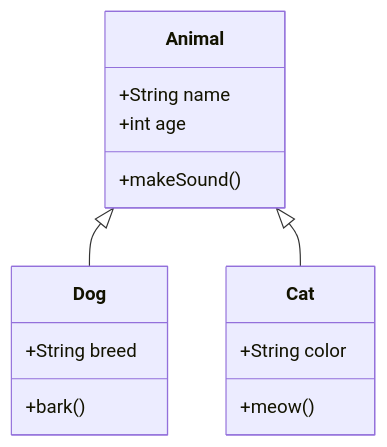
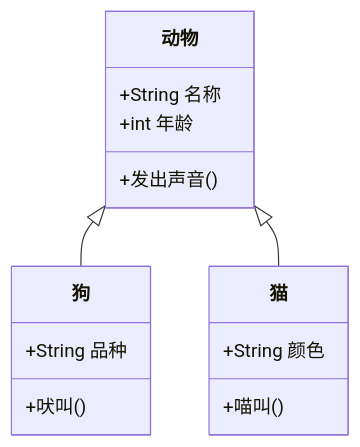
The third of 11 diagrams in src/content/posts/mermaid-diagrams.md (lx521603/ob), drawn with Mermaid before and after one commit. The commit also changed other lines of this file, not shown here.

Commit message:
更新 mermaid-diagrams.md

````diff
--- a/src/content/posts/mermaid-diagrams.md
+++ b/src/content/posts/mermaid-diagrams.md
@@ -51,18 +55,18 @@
 ```mermaid
 classDiagram
-    class Animal {
-        +String name
-        +int age
-        +makeSound()
+    class 动物 {
+        +String 名称
+        +int 年龄
+        +发出声音()
     }
-    class Dog {
-        +String breed
-        +bark()
+    class 狗 {
+        +String 品种
+        +吠叫()
     }
-    class Cat {
-        +String color
-        +meow()
+    class 猫 {
+        +String 颜色
+        +喵叫()
     }
-    Animal <|-- Dog
-    Animal <|-- Cat
+    动物 <|-- 狗
+    动物 <|-- 猫
 ```
````
